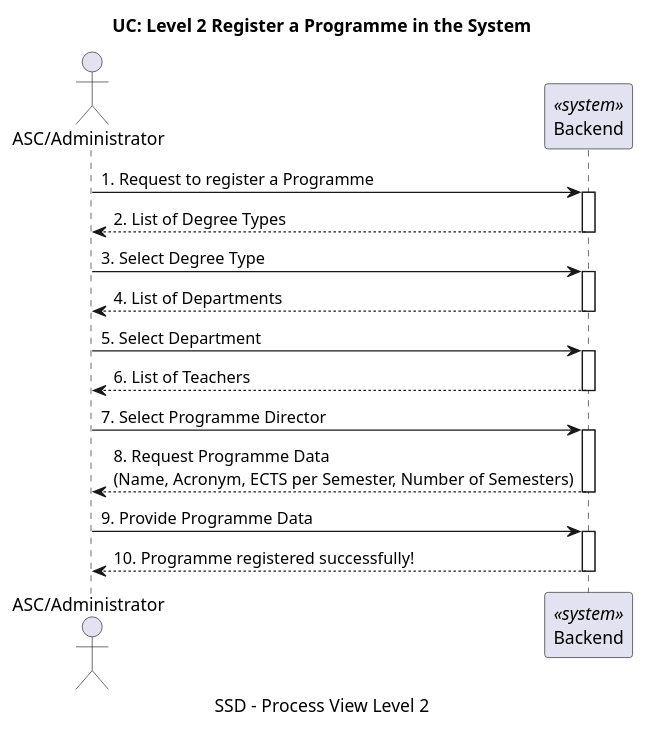
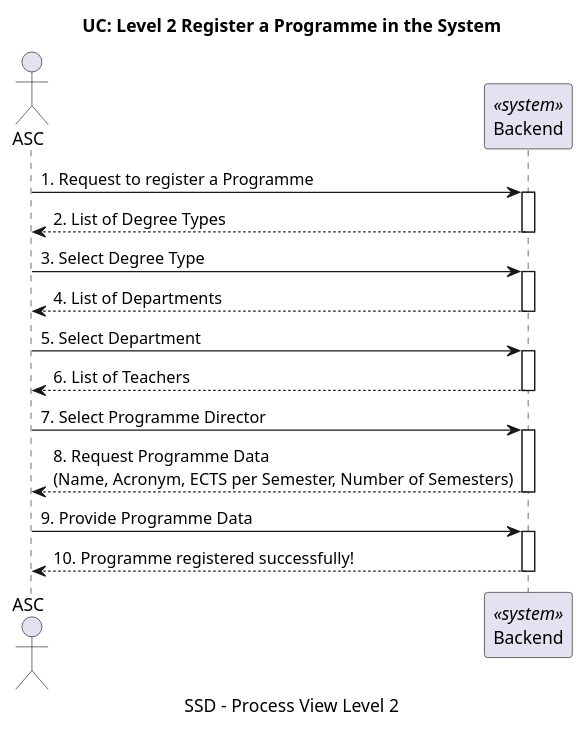
The diagram in docs/US11/ProcessView/Level2.puml (GasparISEP/DevOps-PAI), drawn with PlantUML before and after one commit.

Commit message:
Ref #505: Change actor of Process view lvl 2 diagram

```diff
--- a/docs/US11/ProcessView/Level2.puml
+++ b/docs/US11/ProcessView/Level2.puml
@@ -1,23 +1,23 @@
 @startuml
 title UC: Level 2 Register a Programme in the System
 caption SSD – Process View Level 2
 
-actor ASC as "ASC/Administrator"
+actor ASC as "ASC"
 participant Backend <<system>>
 
 ASC -> Backend ++ : 1. Request to register a Programme
 Backend --> ASC -- : 2. List of Degree Types
 
 ASC -> Backend ++ : 3. Select Degree Type
 Backend --> ASC -- : 4. List of Departments
 
 ASC -> Backend ++ : 5. Select Department
 Backend --> ASC -- : 6. List of Teachers
 
 ASC -> Backend ++ : 7. Select Programme Director
 Backend --> ASC -- : 8. Request Programme Data\n(Name, Acronym, ECTS per Semester, Number of Semesters)
 
 ASC -> Backend ++ : 9. Provide Programme Data
 Backend --> ASC -- : 10. Programme registered successfully!
 
 @enduml
```
